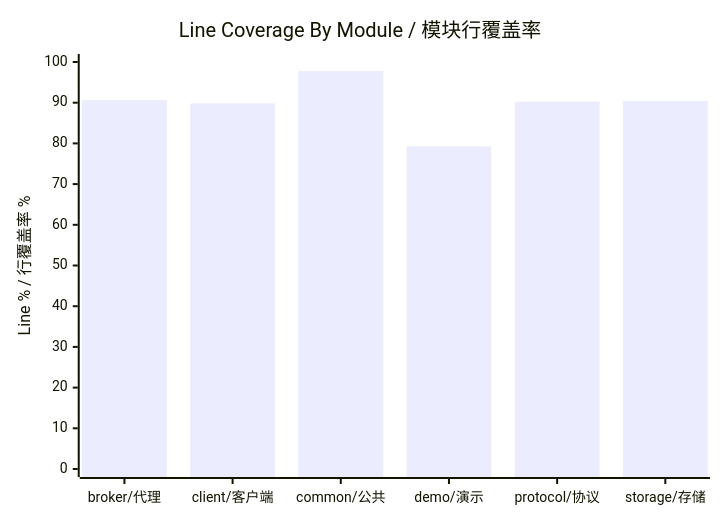
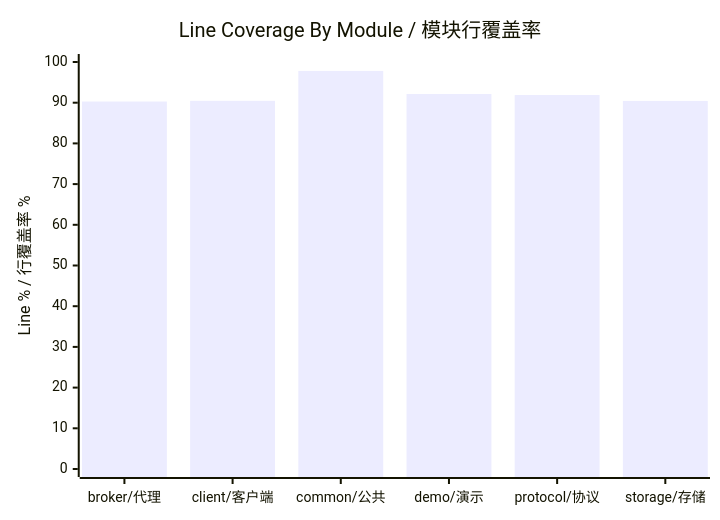
One commit to wxw121/miniMQ changed the first of 2 diagrams in docs/testing.md. Above: the diagram before and after it, drawn with Mermaid. The commit also changed other lines of this file and 27 other files, not shown here.

````diff
--- a/docs/testing.md
+++ b/docs/testing.md
@@ -82,7 +82,7 @@
 ```mermaid
 xychart-beta
     title "Line Coverage By Module / 模块行覆盖率"
     x-axis ["broker/代理", "client/客户端", "common/公共", "demo/演示", "protocol/协议", "storage/存储"]
     y-axis "Line % / 行覆盖率 %" 0 --> 100
-    bar [90.63, 89.81, 97.81, 79.27, 90.25, 90.43]
+    bar [90.29, 90.46, 97.81, 92.14, 91.88, 90.43]
 ```
````
